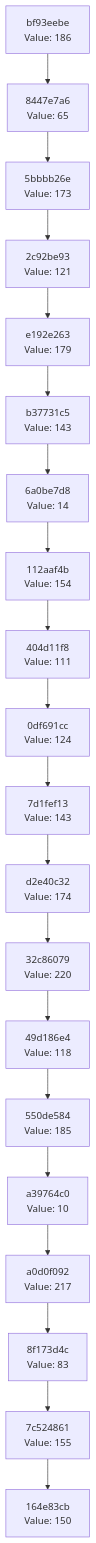
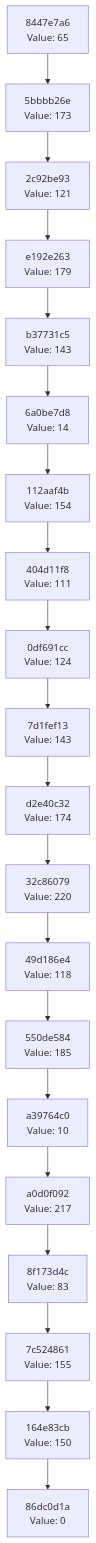
Before and after one commit to Abhisheksinha1506/hash-chain-evolver: the diagram in docs/CHAIN_VISUALIZATION.md, drawn with Mermaid. The commit also changed 3 other files, not shown here.

````diff
--- a/docs/CHAIN_VISUALIZATION.md
+++ b/docs/CHAIN_VISUALIZATION.md
@@ -3,42 +3,42 @@
 ```mermaid
 graph TD
-    C0["164e83cb<br/>Value: 150"]
-    C1["7c524861<br/>Value: 155"]
+    C0["86dc0d1a<br/>Value: 0"]
+    C1["164e83cb<br/>Value: 150"]
     C1 --> C0
-    C2["8f173d4c<br/>Value: 83"]
+    C2["7c524861<br/>Value: 155"]
     C2 --> C1
-    C3["a0d0f092<br/>Value: 217"]
+    C3["8f173d4c<br/>Value: 83"]
     C3 --> C2
-    C4["a39764c0<br/>Value: 10"]
+    C4["a0d0f092<br/>Value: 217"]
     C4 --> C3
-    C5["550de584<br/>Value: 185"]
+    C5["a39764c0<br/>Value: 10"]
     C5 --> C4
-    C6["49d186e4<br/>Value: 118"]
+    C6["550de584<br/>Value: 185"]
     C6 --> C5
-    C7["32c86079<br/>Value: 220"]
+    C7["49d186e4<br/>Value: 118"]
     C7 --> C6
-    C8["d2e40c32<br/>Value: 174"]
+    C8["32c86079<br/>Value: 220"]
     C8 --> C7
-    C9["7d1fef13<br/>Value: 143"]
+    C9["d2e40c32<br/>Value: 174"]
     C9 --> C8
-    C10["0df691cc<br/>Value: 124"]
+    C10["7d1fef13<br/>Value: 143"]
     C10 --> C9
-    C11["404d11f8<br/>Value: 111"]
+    C11["0df691cc<br/>Value: 124"]
     C11 --> C10
-    C12["112aaf4b<br/>Value: 154"]
+    C12["404d11f8<br/>Value: 111"]
     C12 --> C11
-    C13["6a0be7d8<br/>Value: 14"]
+    C13["112aaf4b<br/>Value: 154"]
     C13 --> C12
-    C14["b37731c5<br/>Value: 143"]
+    C14["6a0be7d8<br/>Value: 14"]
     C14 --> C13
-    C15["e192e263<br/>Value: 179"]
+    C15["b37731c5<br/>Value: 143"]
     C15 --> C14
-    C16["2c92be93<br/>Value: 121"]
+    C16["e192e263<br/>Value: 179"]
     C16 --> C15
-    C17["5bbbb26e<br/>Value: 173"]
+    C17["2c92be93<br/>Value: 121"]
     C17 --> C16
-    C18["8447e7a6<br/>Value: 65"]
+    C18["5bbbb26e<br/>Value: 173"]
     C18 --> C17
-    C19["bf93eebe<br/>Value: 186"]
+    C19["8447e7a6<br/>Value: 65"]
     C19 --> C18
 ```
````
